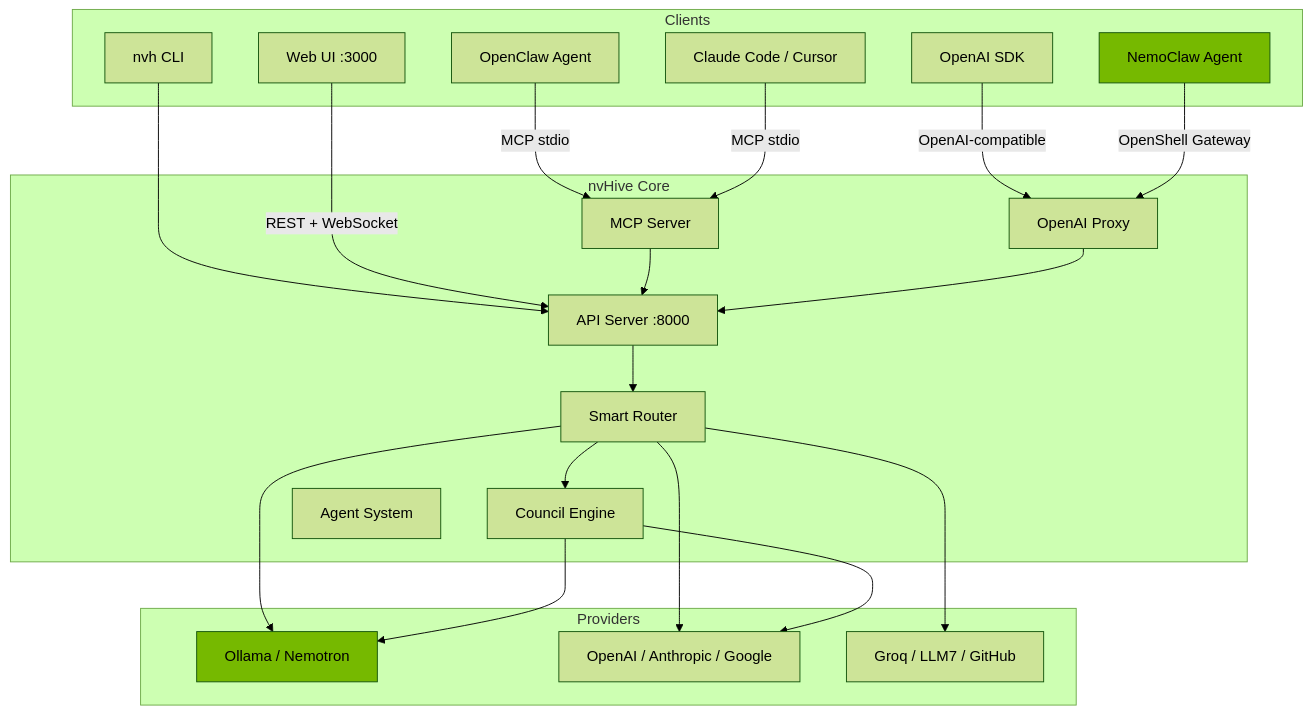
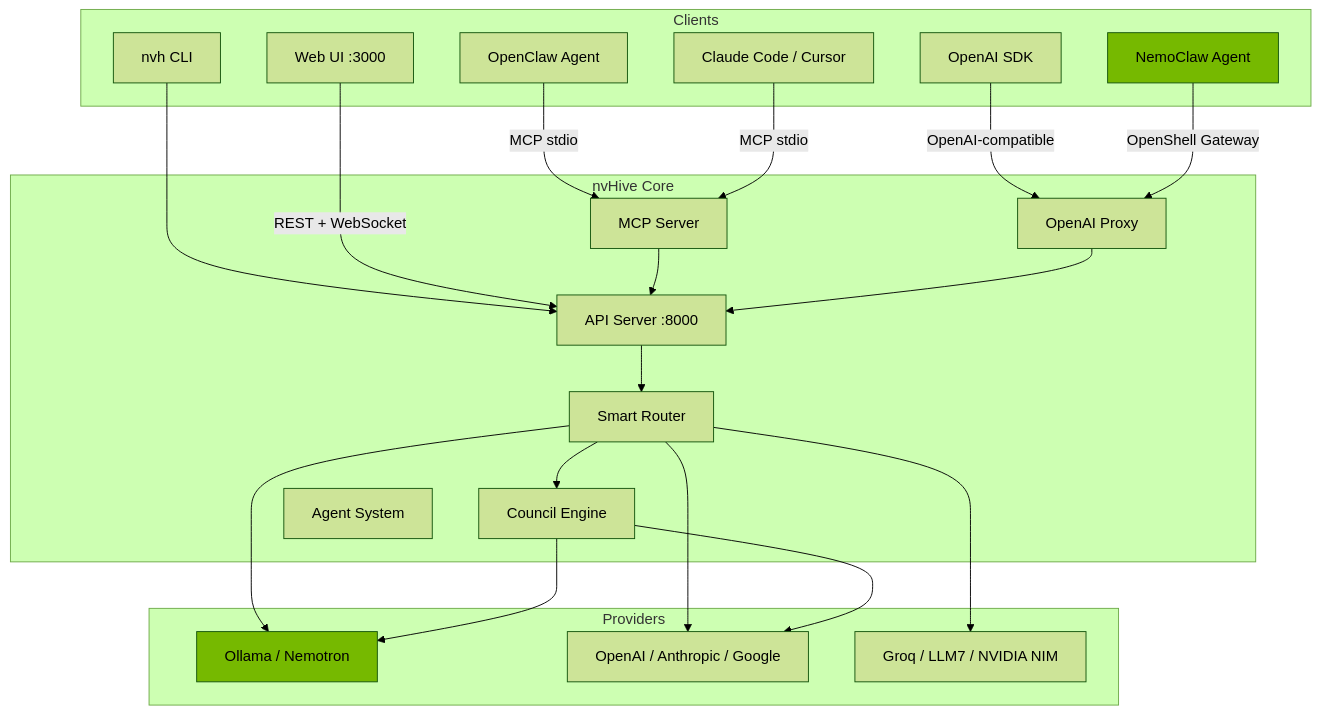
One commit to thatcooperguy/nvHive changed the diagram in docs/ARCHITECTURE.md. Above: the diagram before and after it, drawn with Mermaid (forest theme). The commit also changed other lines of this file and 90 other files, not shown here.

````diff
--- a/docs/ARCHITECTURE.md
+++ b/docs/ARCHITECTURE.md
@@ -39,46 +39,46 @@
 ```mermaid
 graph TB
     subgraph Clients
         CLI[nvh CLI]
         WEB[Web UI :3000]
         SDK[OpenAI SDK]
         NC[NemoClaw Agent]
         OC[OpenClaw Agent]
         CC[Claude Code / Cursor]
     end
 
     subgraph nvHive Core
         API[API Server :8000]
         MCP[MCP Server]
         PROXY[OpenAI Proxy]
         ROUTER[Smart Router]
         COUNCIL[Council Engine]
         AGENTS[Agent System]
     end
 
     subgraph Providers
         LOCAL[Ollama / Nemotron]
         CLOUD[OpenAI / Anthropic / Google]
-        FREE[Groq / LLM7 / GitHub]
+        FREE[Groq / LLM7 / NVIDIA NIM]
     end
 
     CLI --> API
     WEB -->|REST + WebSocket| API
     SDK -->|OpenAI-compatible| PROXY
     NC -->|OpenShell Gateway| PROXY
     OC -->|MCP stdio| MCP
     CC -->|MCP stdio| MCP
 
     MCP --> API
     PROXY --> API
     API --> ROUTER
     ROUTER --> COUNCIL
     ROUTER --> LOCAL
     ROUTER --> CLOUD
     ROUTER --> FREE
     COUNCIL --> LOCAL
     COUNCIL --> CLOUD
 
     style LOCAL fill:#76B900,color:#000
     style NC fill:#76B900,color:#000
 ```
````
